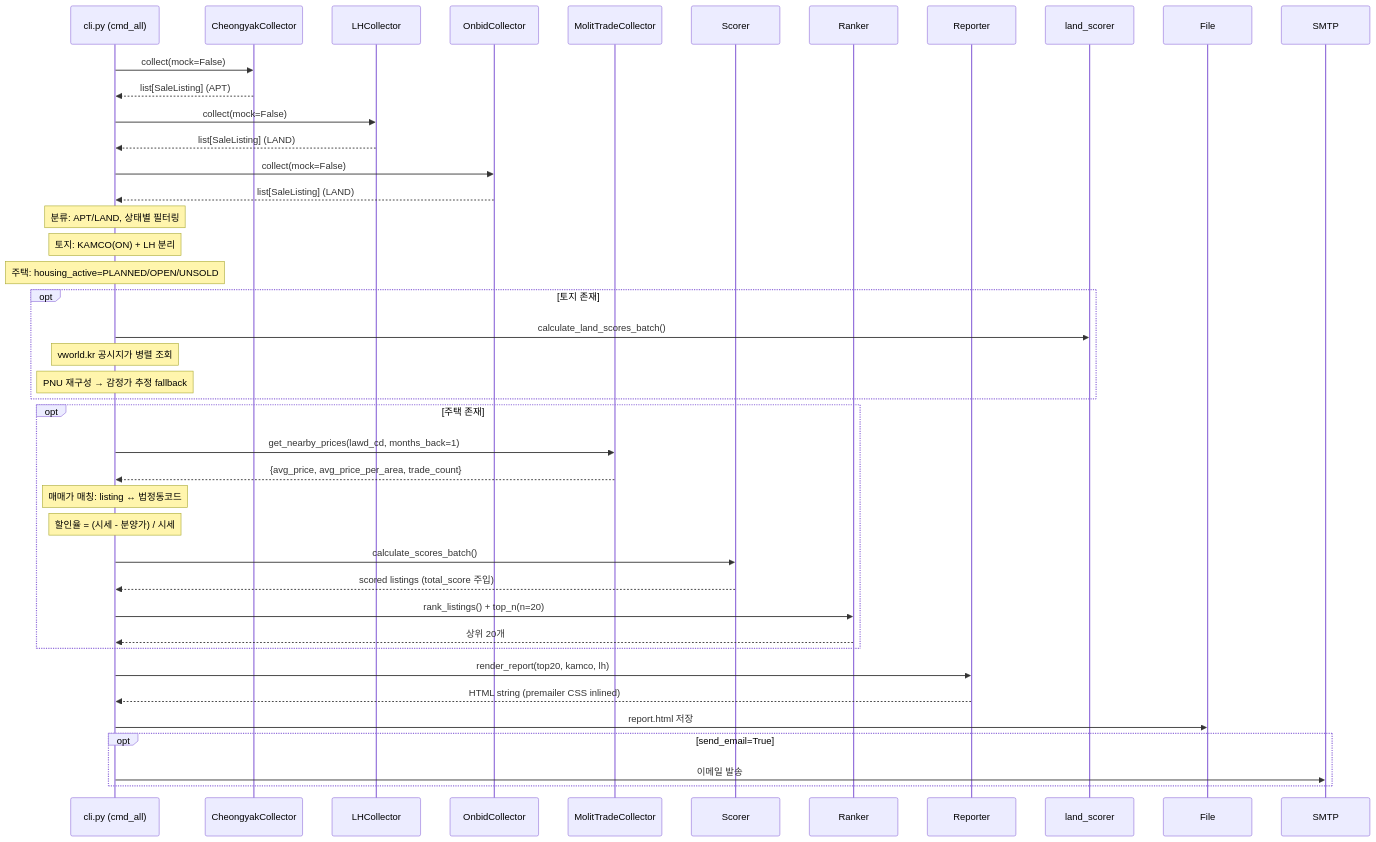
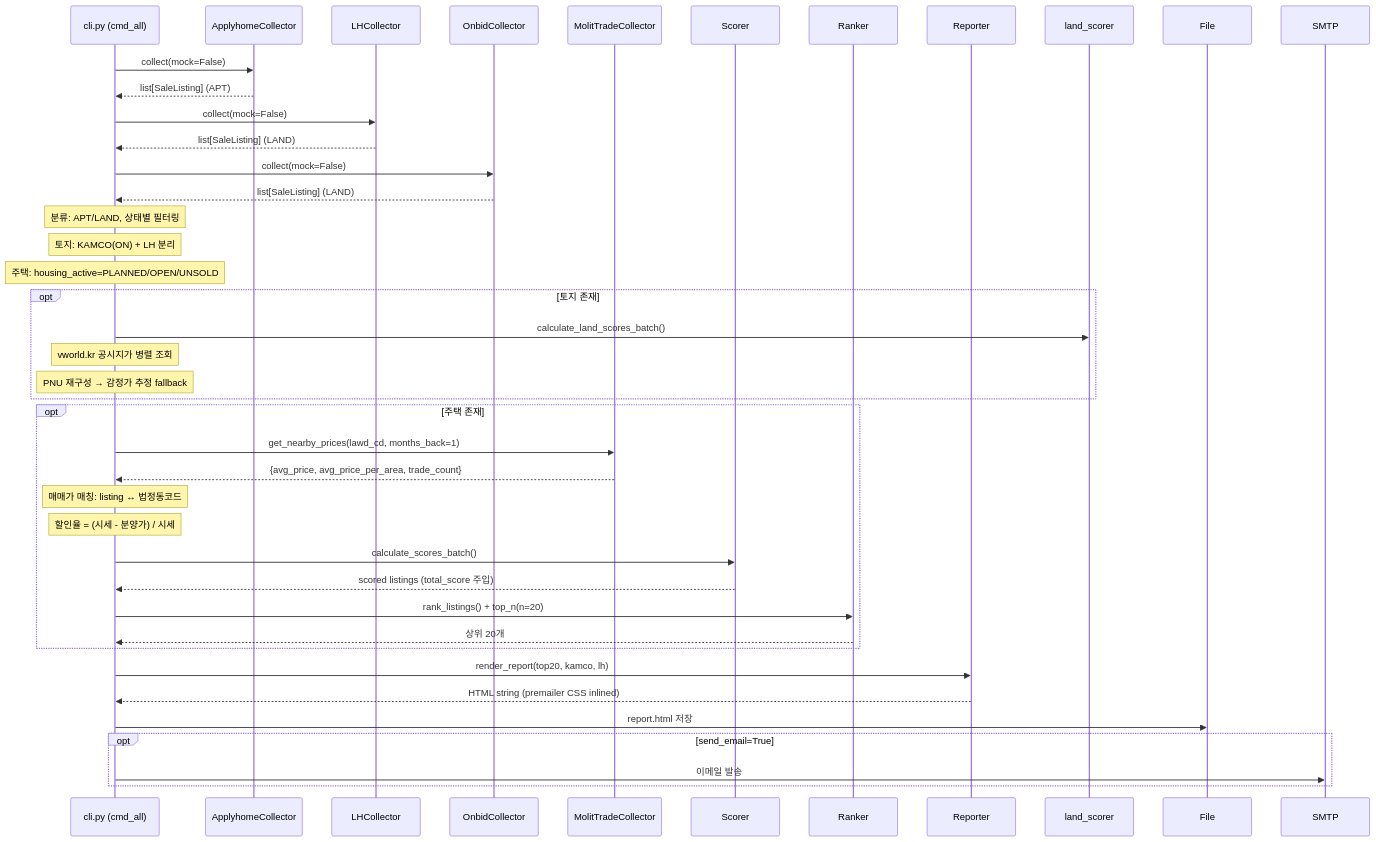
One commit to icarus-inte01/sandbox changed the fourth of 17 diagrams in housing/DESIGN.md. Above: the diagram before and after it, drawn with Mermaid. The commit also changed other lines of this file and 9 other files, not shown here.

Commit message:
refactor: cheongyak → applyhome 리네이밍 — 공식 API명(ApplyhomeInfoDetailSvc) 기준

````diff
--- a/housing/DESIGN.md
+++ b/housing/DESIGN.md
@@ -220,52 +220,52 @@
 ```mermaid
 sequenceDiagram
     participant CLI as cli.py (cmd_all)
-    participant CH as CheongyakCollector
+    participant CH as ApplyhomeCollector
     participant LH as LHCollector
     participant ON as OnbidCollector
     participant MO as MolitTradeCollector
     participant SC as Scorer
     participant RN as Ranker
     participant RP as Reporter
 
     CLI->>CH: collect(mock=False)
     CH-->>CLI: list[SaleListing] (APT)
 
     CLI->>LH: collect(mock=False)
     LH-->>CLI: list[SaleListing] (LAND)
 
     CLI->>ON: collect(mock=False)
     ON-->>CLI: list[SaleListing] (LAND)
 
     Note over CLI: 분류: APT/LAND, 상태별 필터링
     Note over CLI: 토지: KAMCO(ON) + LH 분리
     Note over CLI: 주택: housing_active=PLANNED/OPEN/UNSOLD
 
     opt 토지 존재
         CLI->>land_scorer: calculate_land_scores_batch()
         Note over CLI: vworld.kr 공시지가 병렬 조회
         Note over CLI: PNU 재구성 → 감정가 추정 fallback
     end
 
     opt 주택 존재
         CLI->>MO: get_nearby_prices(lawd_cd, months_back=1)
         MO-->>CLI: {avg_price, avg_price_per_area, trade_count}
 
         Note over CLI: 매매가 매칭: listing ↔ 법정동코드
         Note over CLI: 할인율 = (시세 - 분양가) / 시세
 
         CLI->>SC: calculate_scores_batch()
         SC-->>CLI: scored listings (total_score 주입)
 
         CLI->>RN: rank_listings() + top_n(n=20)
         RN-->>CLI: 상위 20개
     end
 
     CLI->>RP: render_report(top20, kamco, lh)
     RP-->>CLI: HTML string (premailer CSS inlined)
 
     CLI->>File: report.html 저장
     opt send_email=True
         CLI->>SMTP: 이메일 발송
     end
 ```
````
